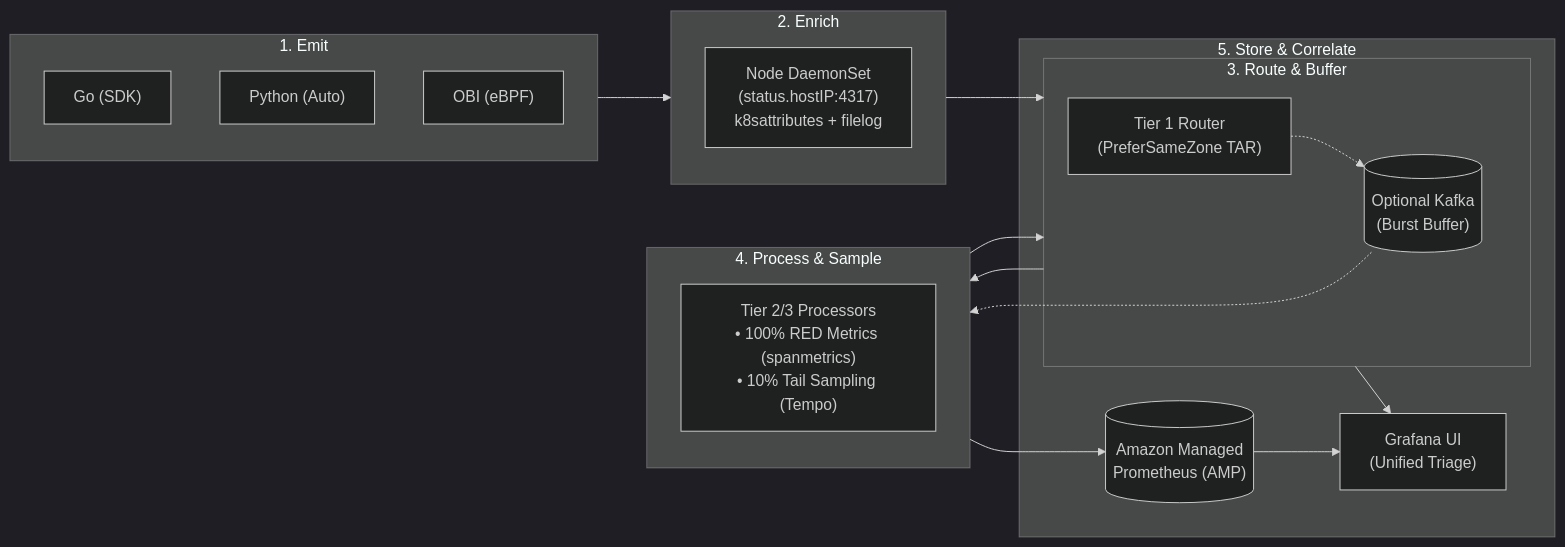
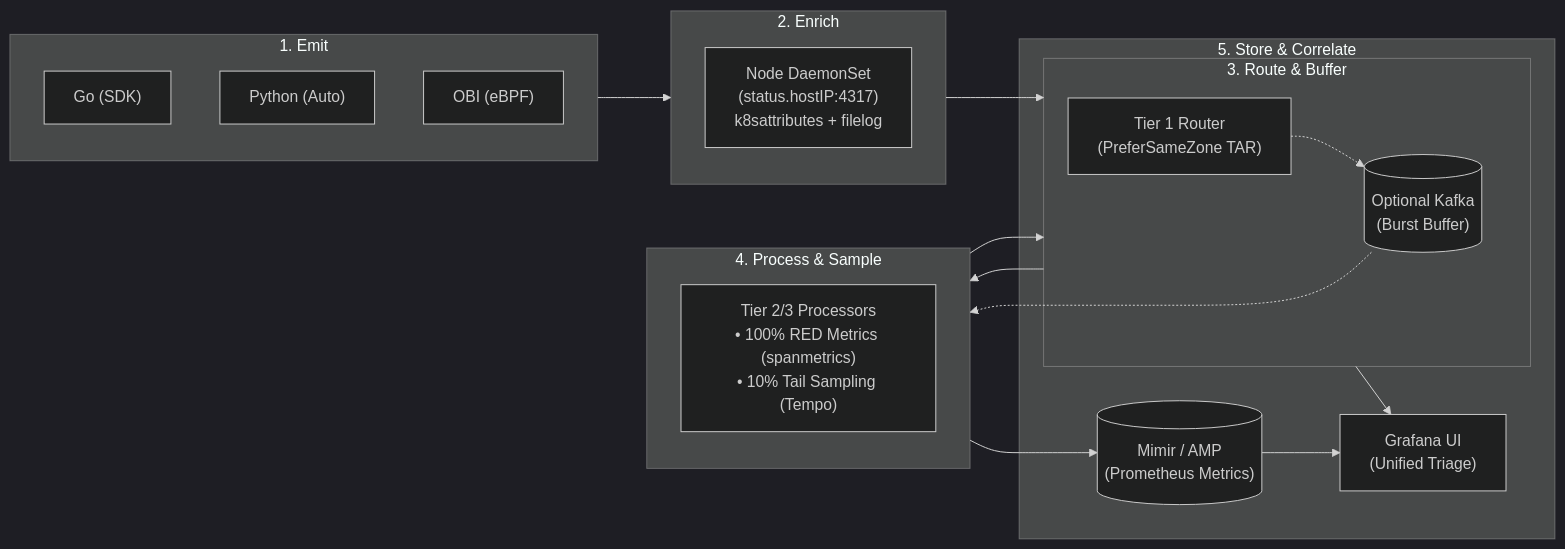
One commit to ok-karthik/opentelemetry-platform-on-eks changed the diagram in README.md. Above: the diagram before and after it, drawn with Mermaid (dark theme). The commit also changed other lines of this file and 16 other files, not shown here.

````diff
--- a/README.md
+++ b/README.md
@@ -18,38 +18,38 @@
 ```mermaid
 flowchart LR
     subgraph S1["1. Emit"]
         direction TB
         AppGo["Go (SDK)"]
         AppPy["Python (Auto)"]
         eBPF["OBI (eBPF)"]
     end
 
     subgraph S2["2. Enrich"]
         DS["Node DaemonSet\n(status.hostIP:4317)\nk8sattributes + filelog"]
     end
 
     subgraph S3["3. Route & Buffer"]
         Router["Tier 1 Router\n(PreferSameZone TAR)"]
         Kafka[("Optional Kafka\n(Burst Buffer)")]
         Router -.-> Kafka
     end
 
     subgraph S4["4. Process & Sample"]
         Proc["Tier 2/3 Processors\n• 100% RED Metrics (spanmetrics)\n• 10% Tail Sampling (Tempo)"]
     end
 
     subgraph S5["5. Store & Correlate"]
-        AMP[("Amazon Managed\nPrometheus (AMP)")]
+        Metrics[("Mimir / AMP\n(Prometheus Metrics)")]
         S3[("S3 Loki & Tempo\n(Free S3 VPC Endpoint)")]
         Grafana["Grafana UI\n(Unified Triage)"]
     end
 
     S1 --> S2
     S2 --> S3
     S3 --> S4
     Kafka -.-> S4
-    S4 --> AMP
+    S4 --> Metrics
     S4 --> S3
-    AMP --> Grafana
+    Metrics --> Grafana
     S3 --> Grafana
 ```
````
